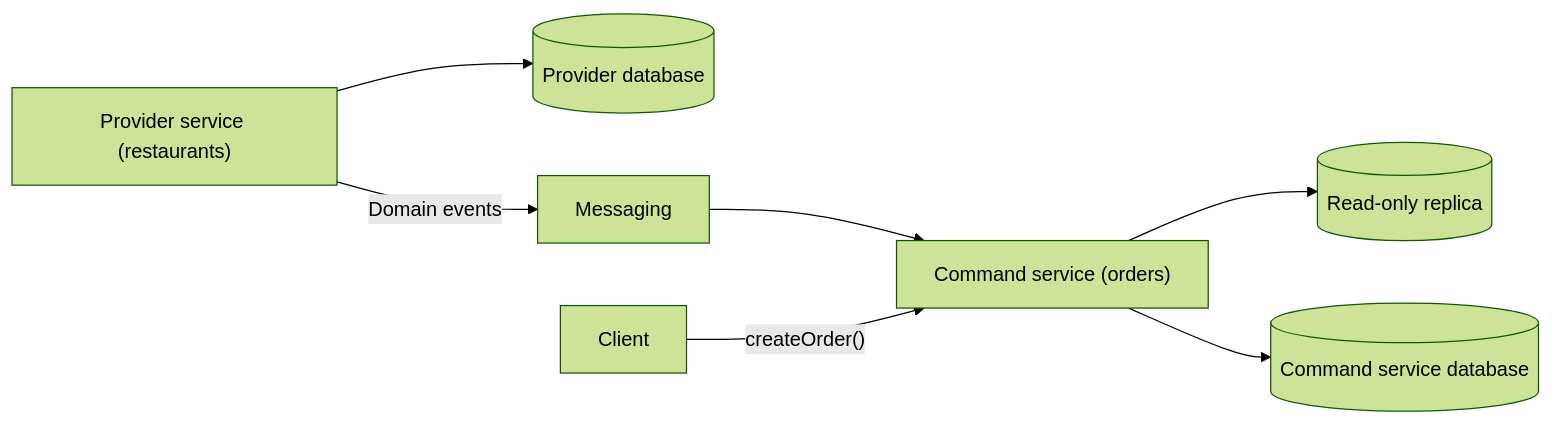
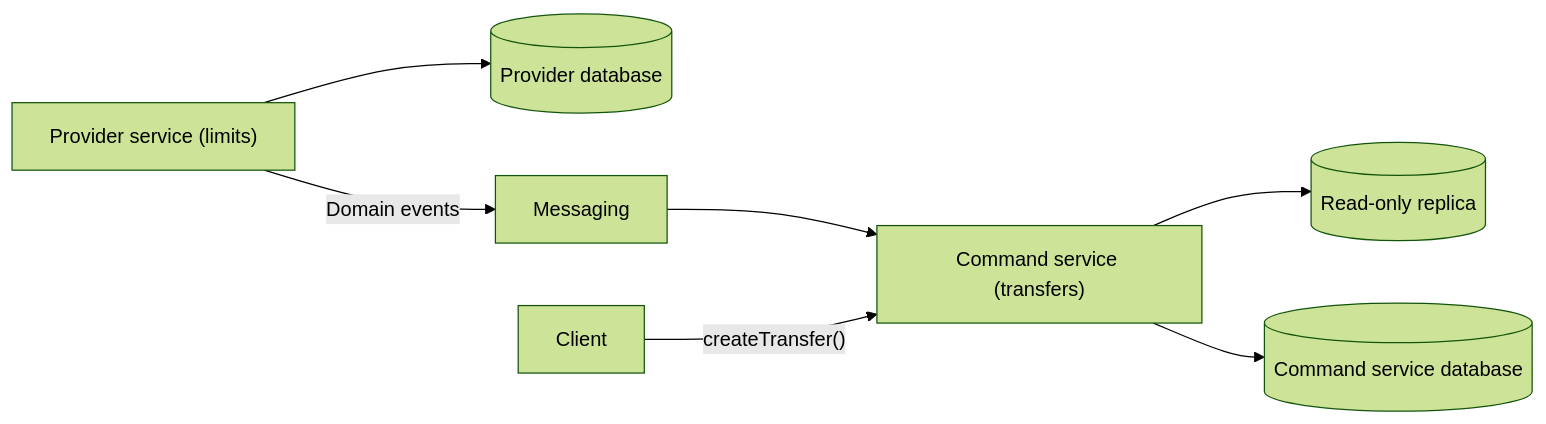
One commit to alancesar/design-patterns changed the diagram in i18n/en/docusaurus-plugin-content-docs/current/architecture/microservices/service-collaboration/command-side-replica.md. Above: the diagram before and after it, drawn with Mermaid (forest theme). The commit also changed other lines of this file and 27 other files, not shown here.

Commit message:
Switch microservices concrete diagrams to fintech scenarios

````diff
--- a/i18n/en/docusaurus-plugin-content-docs/current/architecture/microservices/service-collaboration/command-side-replica.md
+++ b/i18n/en/docusaurus-plugin-content-docs/current/architecture/microservices/service-collaboration/command-side-replica.md
@@ -57,9 +57,9 @@
 ```mermaid
 flowchart LR
-    P["Provider service (restaurants)"] --> PDB[("Provider database")]
+    P["Provider service (limits)"] --> PDB[("Provider database")]
     P -->|"Domain events"| B["Messaging"]
-    B --> C["Command service (orders)"]
+    B --> C["Command service (transfers)"]
     C --> R[("Read-only replica")]
     C --> CDB[("Command service database")]
-    CL["Client"] -->|"createOrder()"| C
+    CL["Client"] -->|"createTransfer()"| C
 ```
````
